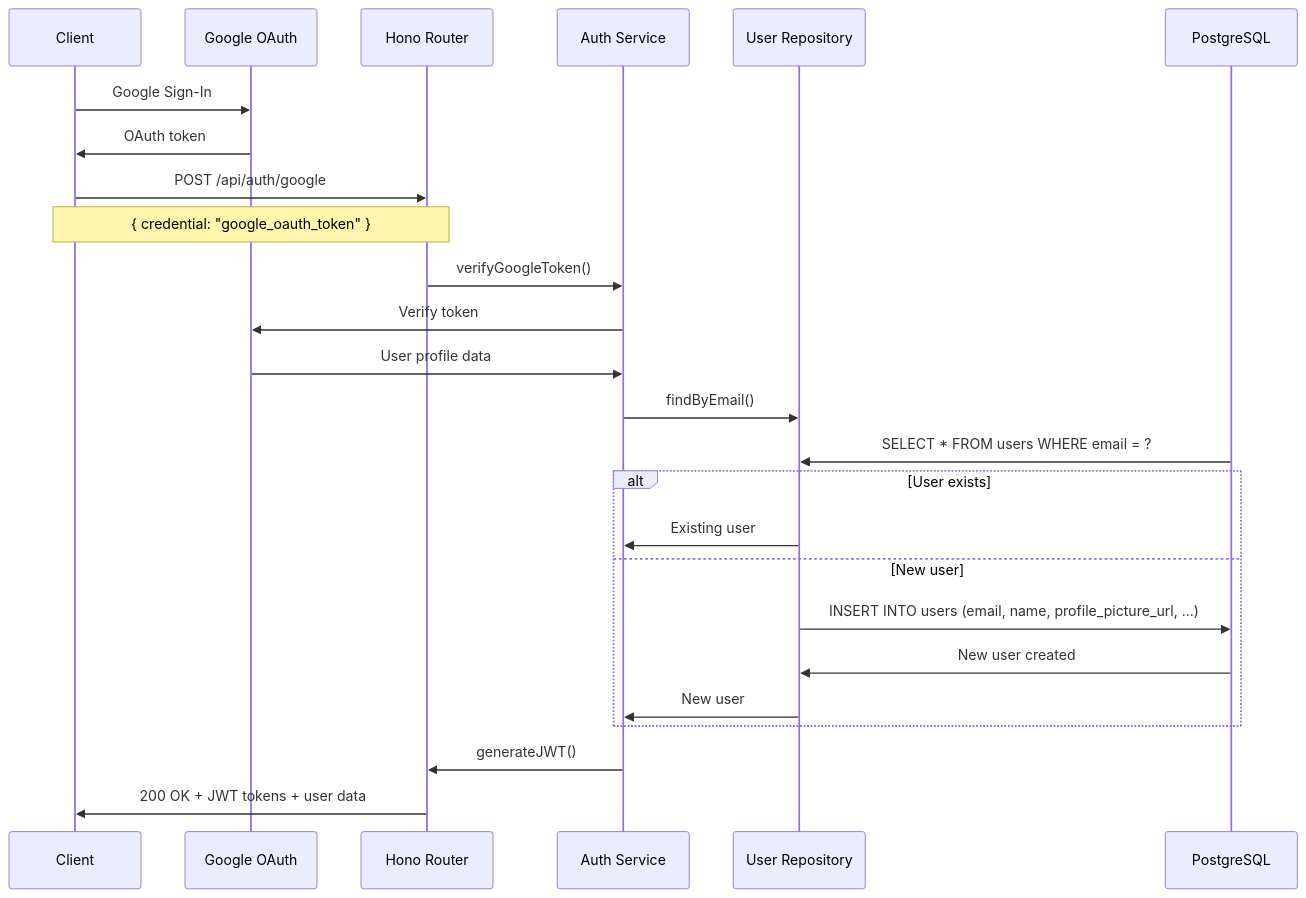
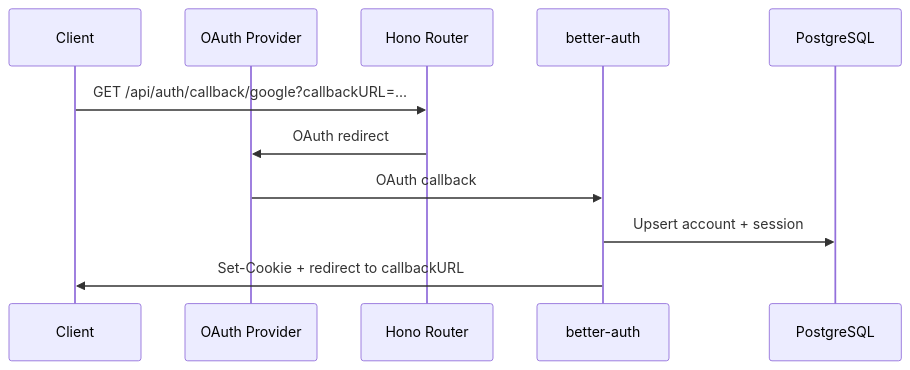
One commit to SINGH-RAJVEER/slidesage changed the fifth of 6 diagrams in docs/REQUEST_FLOWS.md. Above: the diagram before and after it, drawn with Mermaid. The commit also changed other lines of this file and 63 other files, not shown here.

````diff
--- a/docs/REQUEST_FLOWS.md
+++ b/docs/REQUEST_FLOWS.md
@@ -104,33 +104,14 @@
 ```mermaid
 sequenceDiagram
     participant Client as Client
-    participant Google as Google OAuth
+    participant Provider as OAuth Provider
     participant Hono as Hono Router
-    participant Auth as Auth Service
-    participant UserRepo as User Repository
+    participant Auth as better-auth
     participant DB as PostgreSQL
 
-    Client->>Google: Google Sign-In
-    Google->>Client: OAuth token
-
-    Client->>Hono: POST /api/auth/google
-    Note over Client,Hono: { credential: "google_oauth_token" }
-
-    Hono->>Auth: verifyGoogleToken()
-    Auth->>Google: Verify token
-    Google->>Auth: User profile data
-
-    Auth->>UserRepo: findByEmail()
-    DB->>UserRepo: SELECT * FROM users WHERE email = ?
-
-    alt User exists
-        UserRepo->>Auth: Existing user
-    else New user
-        UserRepo->>DB: INSERT INTO users (email, name, profile_picture_url, ...)
-        DB->>UserRepo: New user created
-        UserRepo->>Auth: New user
-    end
-
-    Auth->>Hono: generateJWT()
-    Hono->>Client: 200 OK + JWT tokens + user data
+    Client->>Hono: GET /api/auth/callback/google?callbackURL=...
+    Hono->>Provider: OAuth redirect
+    Provider->>Auth: OAuth callback
+    Auth->>DB: Upsert account + session
+    Auth->>Client: Set-Cookie + redirect to callbackURL
 ```
````
